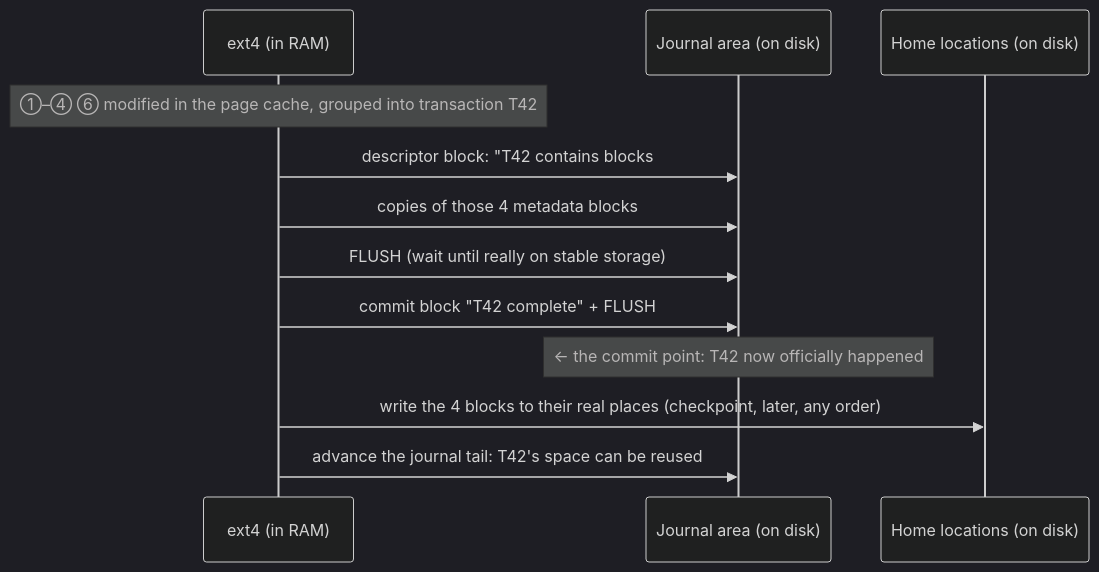
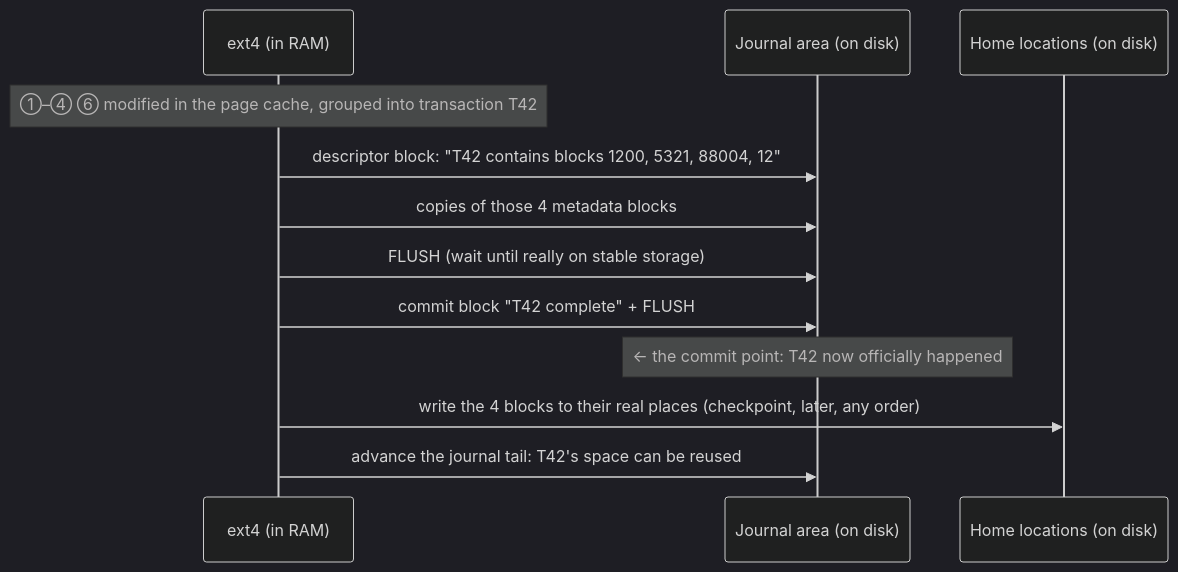
The third of 7 diagrams in Areas/Storage/Local/Journaling.md (IhebBelhadj/second_brain), drawn with Mermaid (dark theme) before and after one commit. The commit also changed 1 other file, not shown here.

Commit message:
vault backup: 2026-10-04 16:46:37
Affected files:
Areas/Identity and access/Methods/Session authentication.md
Areas/Storage/Local/Journaling.md

````diff
--- a/Areas/Storage/Local/Journaling.md
+++ b/Areas/Storage/Local/Journaling.md
@@ -73,14 +73,14 @@
 ```mermaid
 sequenceDiagram
     participant FS as ext4 (in RAM)
     participant J as Journal area (on disk)
     participant H as Home locations (on disk)
     Note over FS: ①–④ ⑥ modified in the page cache, grouped into transaction T42
-    FS->>J: descriptor block: "T42 contains blocks #1200, #5321, #88004, #12"
+    FS->>J: descriptor block: "T42 contains blocks 1200, 5321, 88004, 12"
     FS->>J: copies of those 4 metadata blocks
     FS->>J: FLUSH (wait until really on stable storage)
     FS->>J: commit block "T42 complete" + FLUSH
     Note over J: ← the commit point: T42 now officially happened
     FS->>H: write the 4 blocks to their real places (checkpoint, later, any order)
     FS->>J: advance the journal tail: T42's space can be reused
 ```
````
